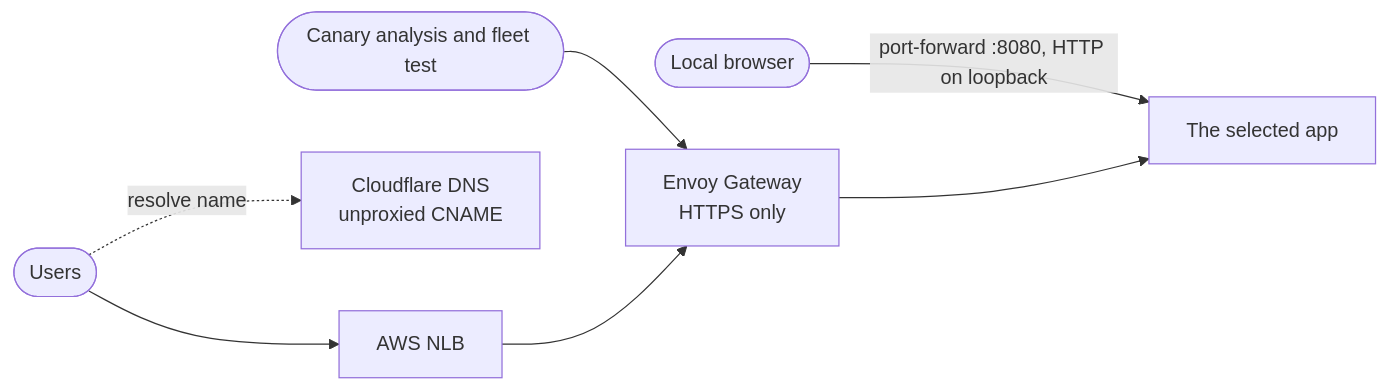
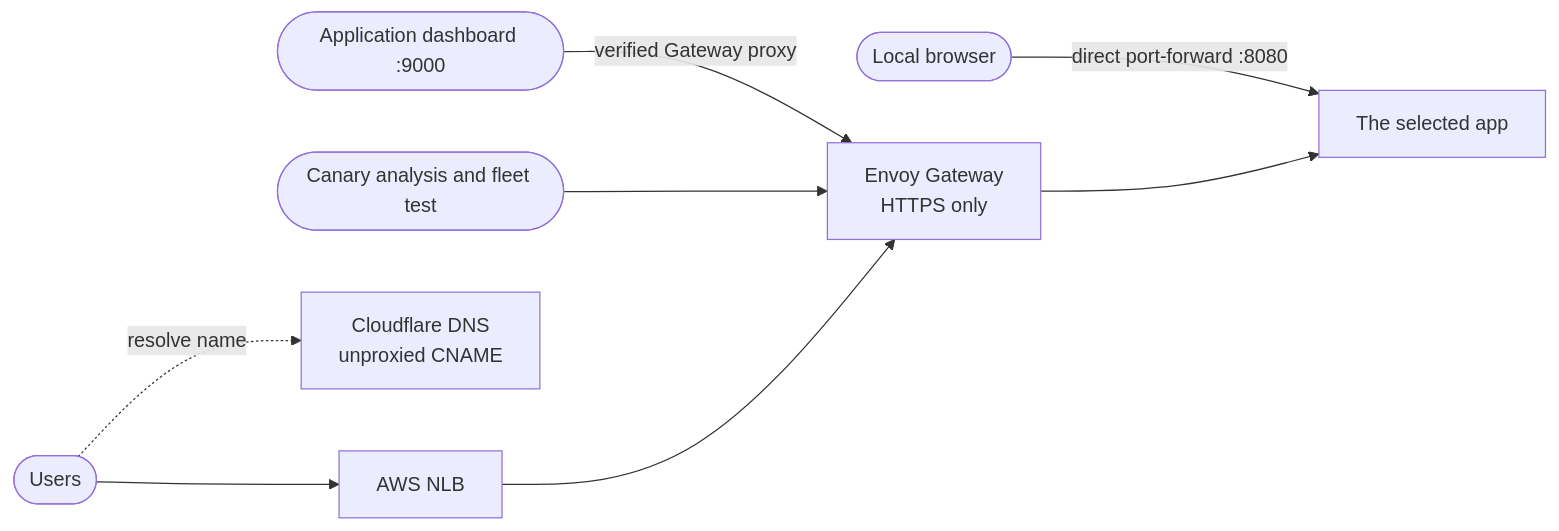
Before and after one commit to ImranAdan/infra-fleet-public: the seventh of 9 diagrams in docs/ARCHITECTURE.md, drawn with Mermaid. The commit also changed other lines of this file and 28 other files, not shown here.

````diff
--- a/docs/ARCHITECTURE.md
+++ b/docs/ARCHITECTURE.md
@@ -120,7 +149,8 @@
 ```mermaid
 flowchart LR
-    Local(["Local browser"]) -->|port-forward :8080, HTTP on loopback| App["The selected app"]
+    Local(["Local browser"]) -->|direct port-forward :8080| App["The selected app"]
+    Dashboard(["Application dashboard :9000"]) -->|verified Gateway proxy| Envoy
     Canary(["Canary analysis and fleet test"]) --> Envoy["Envoy Gateway<br/>HTTPS only"] --> App
     Users(["Users"]) -.->|resolve name| DNS["Cloudflare DNS<br/>unproxied CNAME"]
     Users --> NLB["AWS NLB"] --> Envoy
 ```
````
